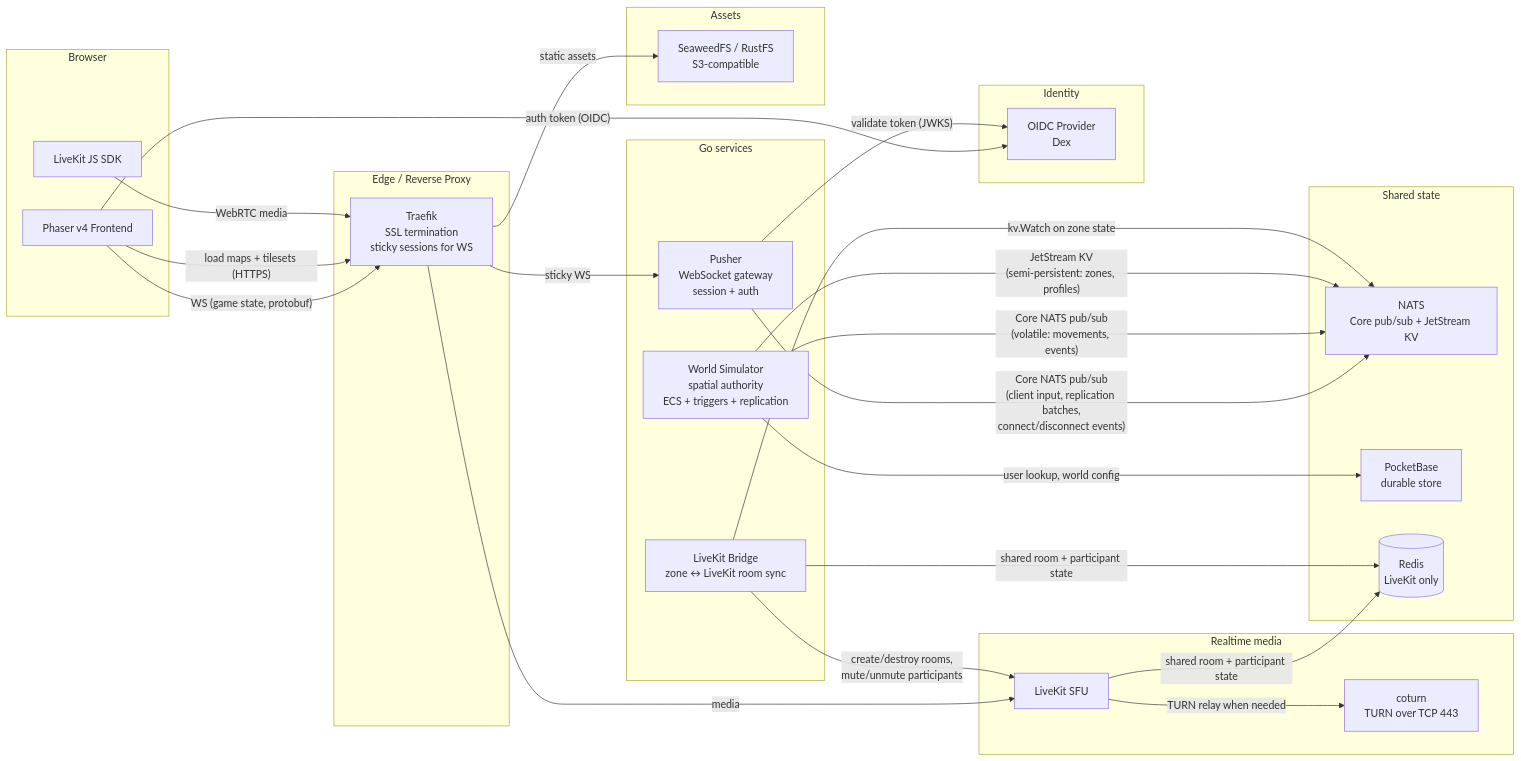
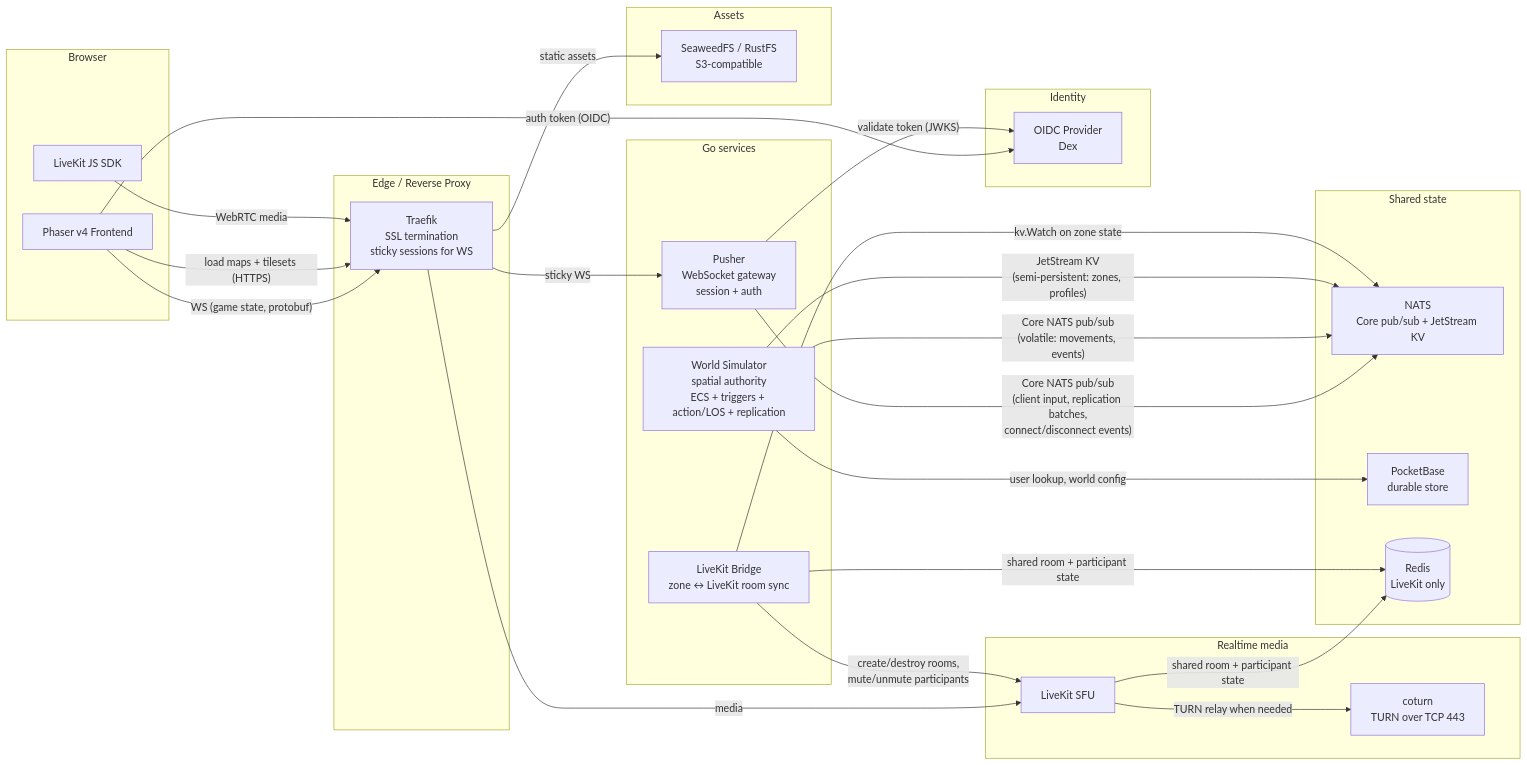
Before and after one commit to lstep/PixelEruv: the second of 3 diagrams in documentation/05-architecture.md, drawn with Mermaid. The commit also changed other lines of this file and 14 other files, not shown here.

Commit message:
Add action triggers with range/LOS validation and update interaction flow to ActionFrame

````diff
--- a/documentation/05-architecture.md
+++ b/documentation/05-architecture.md
@@ -106,58 +106,58 @@
 ```mermaid
 flowchart LR
   subgraph Client [Browser]
     PH[Phaser v4 Frontend]
     LKJS[LiveKit JS SDK]
   end
 
   subgraph Edge [Edge / Reverse Proxy]
     TR[Traefik<br/>SSL termination<br/>sticky sessions for WS]
   end
 
   subgraph Backend [Go services]
     PUSH[Pusher<br/>WebSocket gateway<br/>session + auth]
-    WORLDSIM[World Simulator<br/>spatial authority<br/>ECS + triggers + replication]
+    WORLDSIM[World Simulator<br/>spatial authority<br/>ECS + triggers + action/LOS + replication]
     BRIDGE[LiveKit Bridge<br/>zone ↔ LiveKit room sync]
   end
 
   subgraph State [Shared state]
     NATS[NATS<br/>Core pub/sub + JetStream KV]
     PB[PocketBase<br/>durable store]
     REDIS[(Redis<br/>LiveKit only)]
   end
 
   subgraph AV [Realtime media]
     LK[LiveKit SFU]
     TURN[coturn<br/>TURN over TCP 443]
   end
 
   subgraph Storage [Assets]
     S3[SeaweedFS / RustFS<br/>S3-compatible]
   end
 
   subgraph Auth [Identity]
     IDP[OIDC Provider<br/>Dex]
   end
 
   PH -- "WS (game state, protobuf)" --> TR
   TR -- "sticky WS" --> PUSH
   PH -- "load maps + tilesets (HTTPS)" --> TR
   TR -- "static assets" --> S3
 
   PH -- "auth token (OIDC)" --> IDP
   PUSH -- "validate token (JWKS)" --> IDP
 
   LKJS -- "WebRTC media" --> TR
   TR -- "media" --> LK
   LK -- "TURN relay when needed" --> TURN
 
   PUSH -- "Core NATS pub/sub<br/>(client input, replication batches,<br/>connect/disconnect events)" --> NATS
   WORLDSIM -- "Core NATS pub/sub<br/>(volatile: movements, events)" --> NATS
   WORLDSIM -- "JetStream KV<br/>(semi-persistent: zones, profiles)" --> NATS
   WORLDSIM -- "user lookup, world config" --> PB
   BRIDGE -- "kv.Watch on zone state" --> NATS
 
   BRIDGE -- "create/destroy rooms,<br/>mute/unmute participants" --> LK
   BRIDGE -- "shared room + participant state" --> REDIS
   LK -- "shared room + participant state" --> REDIS
 ```
````
